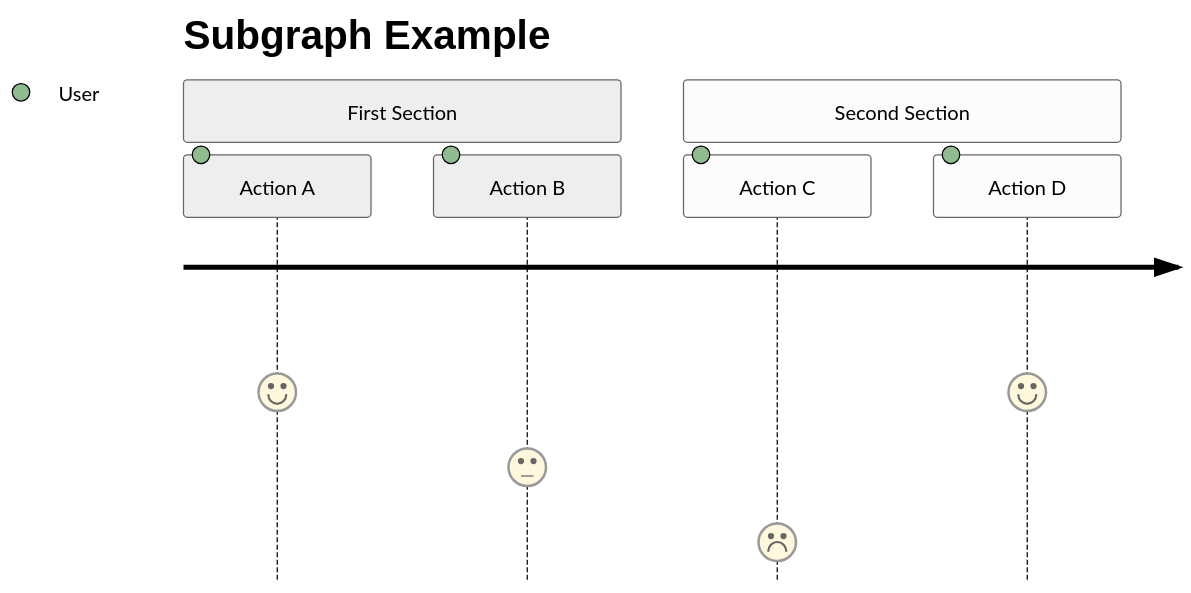
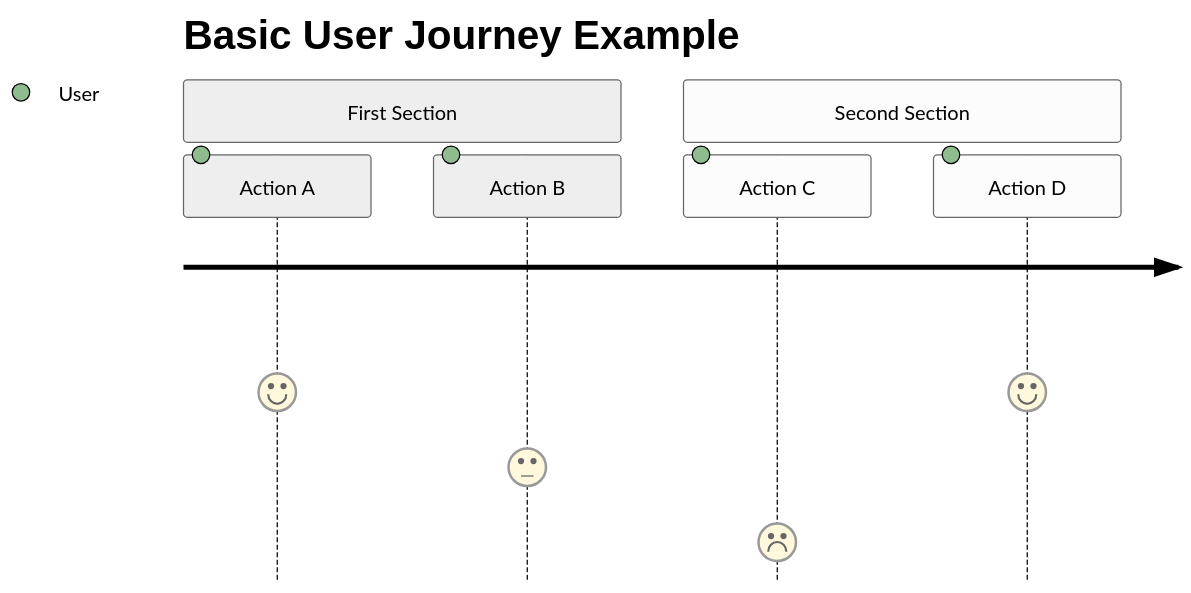
The diagram in basic-user-journey-example.md (sandbox-as-a-service/docs), drawn with Mermaid before and after one commit.

Commit message:
Fix title in basic user journey example diagram

````diff
--- a/basic-user-journey-example.md
+++ b/basic-user-journey-example.md
@@ -1,15 +1,15 @@
 ```mermaid
 ---
-title: Subgraph Example
+title: Basic User Journey Example
 config:
   theme: neutral
 ---
 journey
 
 section First Section
     Action A: 5: User
     Action B: 3: User
 section Second Section
     Action C: 1: User
     Action D: 5: User
 ```
````
